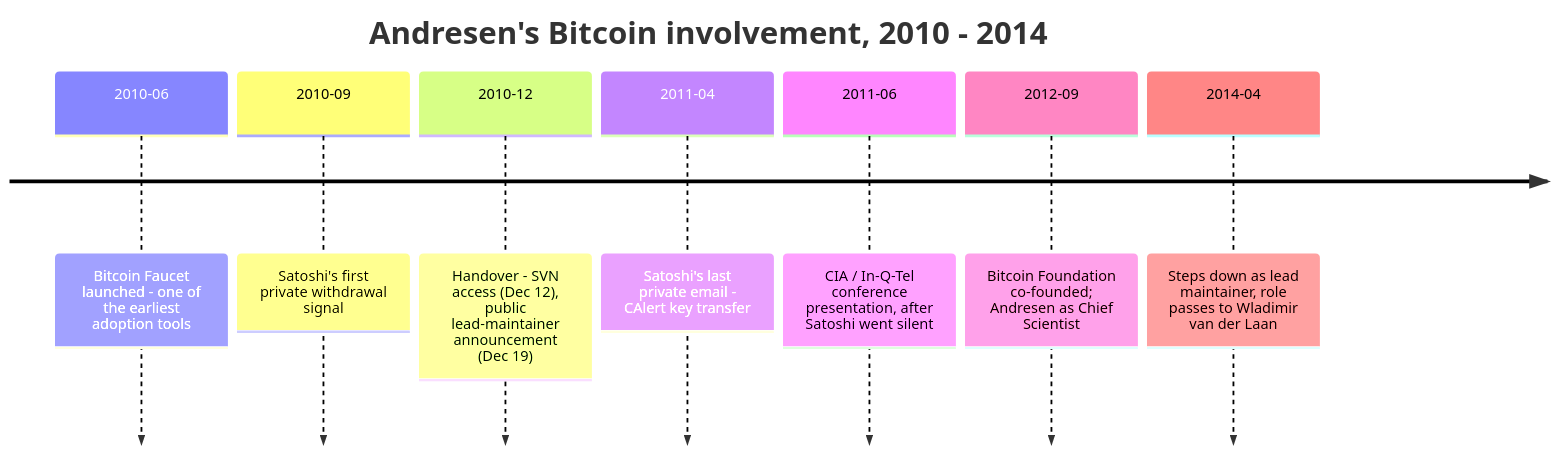
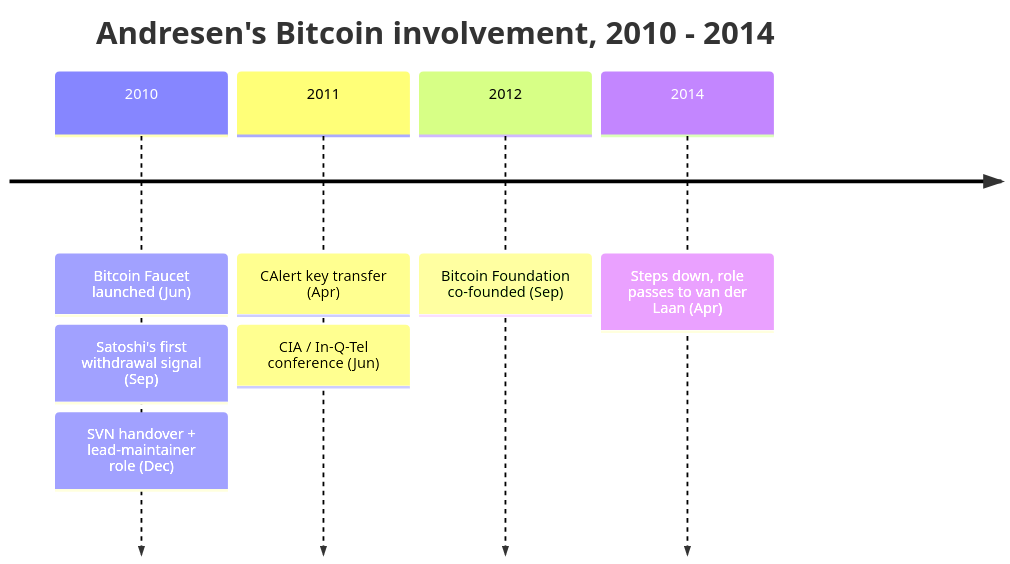
Before and after one commit to cypher256/BitcoinArchive: the diagram in src/data/entries/en/aftermath/2010-06-11-gavin-andresen-biography.md, drawn with Mermaid. The commit also changed 1 other file, not shown here.

First paragraph of the commit message:
Andresen bio timeline: group by year and shorten event labels to stop card overlap
Two changes after observing the rendered timeline:

````diff
--- a/src/data/entries/en/aftermath/2010-06-11-gavin-andresen-biography.md
+++ b/src/data/entries/en/aftermath/2010-06-11-gavin-andresen-biography.md
@@ -57,11 +57,11 @@
 ```mermaid
 timeline
     title Andresen's Bitcoin involvement, 2010 - 2014
-    2010-06 : Bitcoin Faucet launched - one of the earliest adoption tools
-    2010-09 : Satoshi's first private withdrawal signal
-    2010-12 : Handover - SVN access (Dec 12), public lead-maintainer announcement (Dec 19)
-    2011-04 : Satoshi's last private email - CAlert key transfer
-    2011-06 : CIA / In-Q-Tel conference presentation, after Satoshi went silent
-    2012-09 : Bitcoin Foundation co-founded; Andresen as Chief Scientist
-    2014-04 : Steps down as lead maintainer, role passes to Wladimir van der Laan
+    2010 : Bitcoin Faucet launched (Jun)
+         : Satoshi's first withdrawal signal (Sep)
+         : SVN handover + lead-maintainer role (Dec)
+    2011 : CAlert key transfer (Apr)
+         : CIA / In-Q-Tel conference (Jun)
+    2012 : Bitcoin Foundation co-founded (Sep)
+    2014 : Steps down, role passes to van der Laan (Apr)
 ```
````
